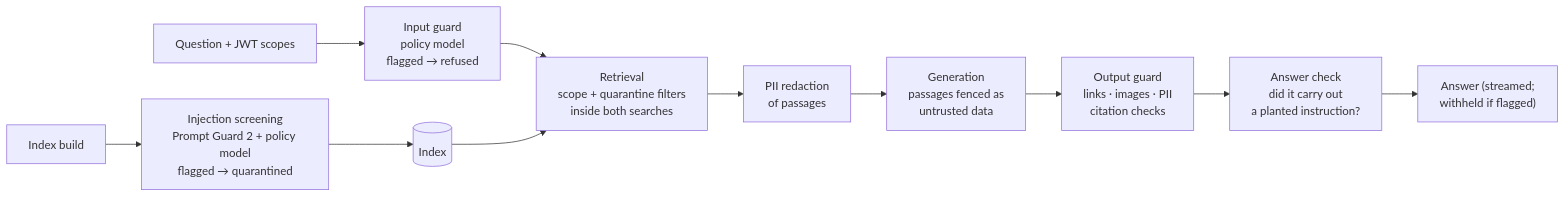
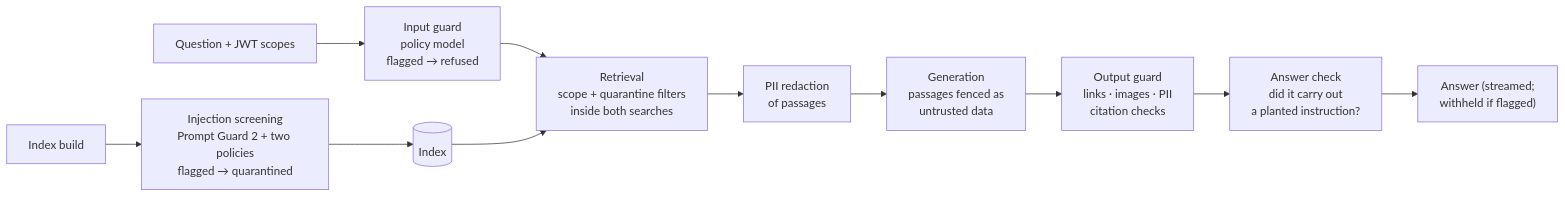
One commit to krishivsaini/Sentinel changed the third of 3 diagrams in README.md. Above: the diagram before and after it, drawn with Mermaid. The commit also changed other lines of this file and 7 other files, not shown here.

````diff
--- a/README.md
+++ b/README.md
@@ -275,13 +278,13 @@
 ```mermaid
 flowchart LR
-    I["Index build"] --> SC["Injection screening<br/>Prompt Guard 2 + policy model<br/>flagged → quarantined"]
+    I["Index build"] --> SC["Injection screening<br/>Prompt Guard 2 + two policies<br/>flagged → quarantined"]
     SC --> IDX[("Index")]
     Q["Question + JWT scopes"] --> IG["Input guard<br/>policy model<br/>flagged → refused"]
     IG --> R["Retrieval<br/>scope + quarantine filters<br/>inside both searches"]
     IDX --> R
     R --> P["PII redaction<br/>of passages"]
     P --> G["Generation<br/>passages fenced as<br/>untrusted data"]
     G --> O["Output guard<br/>links · images · PII<br/>citation checks"]
     O --> C["Answer check<br/>did it carry out<br/>a planted instruction?"]
     C --> A["Answer (streamed;<br/>withheld if flagged)"]
 ```
````
